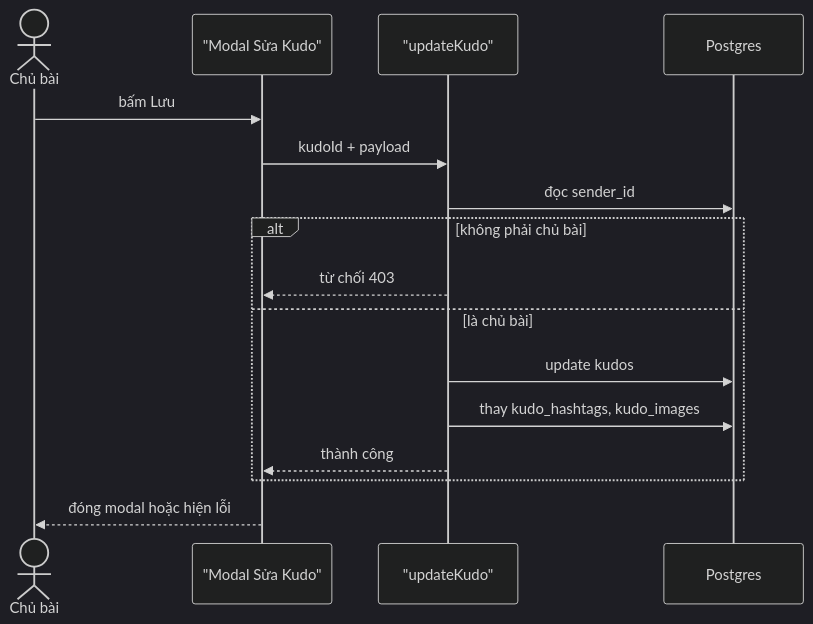
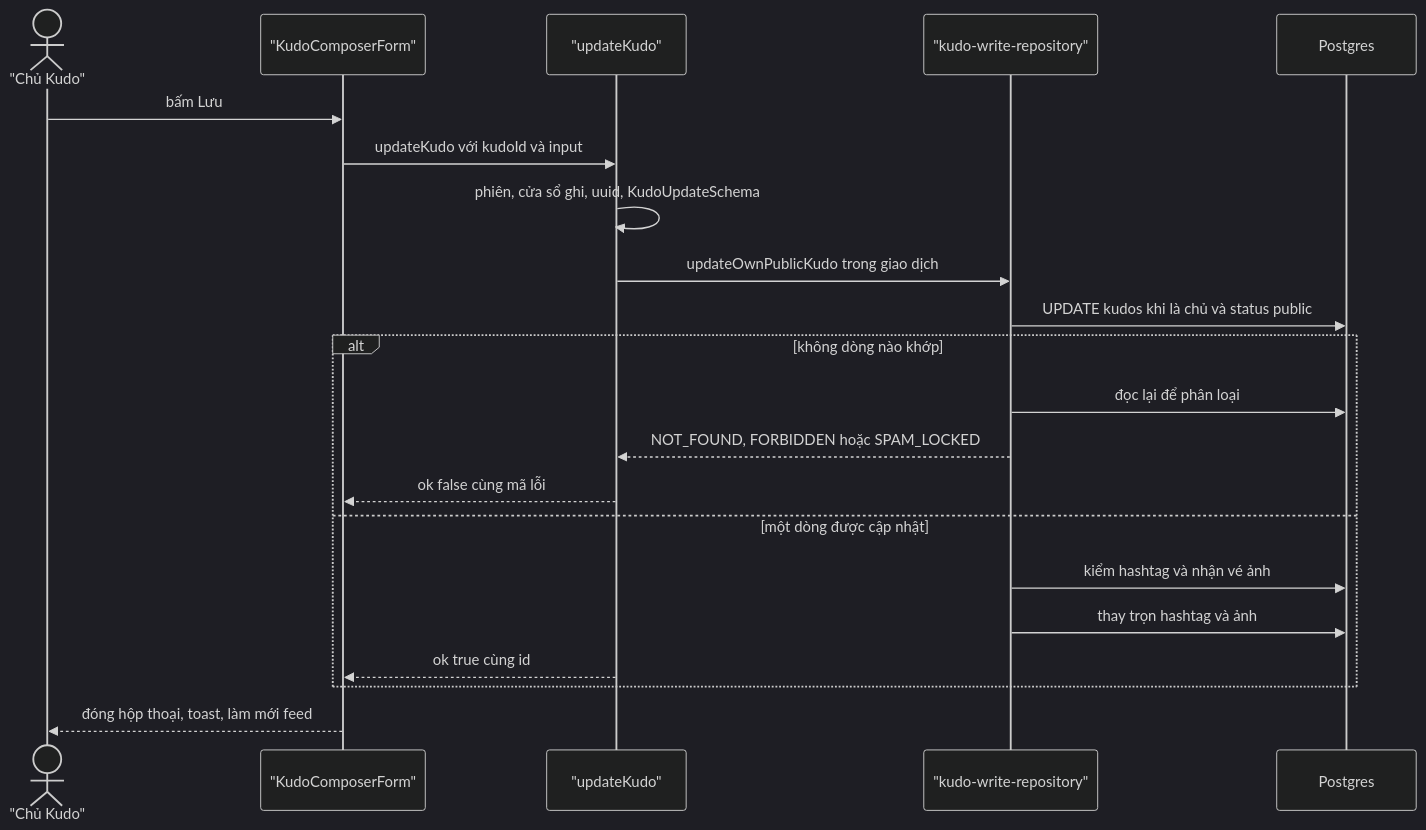
The fourth of 8 diagrams in docs/features/F003_KudosAuthoring/technical-spec.md (hailv-3571/agentic-coding-hands-on), drawn with Mermaid (dark theme) before and after one commit. The commit also changed other lines of this file and 250 other files, not shown here.

````diff
--- a/docs/features/F003_KudosAuthoring/technical-spec.md
+++ b/docs/features/F003_KudosAuthoring/technical-spec.md
@@ -149,18 +296,24 @@
 ```mermaid
 sequenceDiagram
-    actor U as Chủ bài
-    participant V as "Modal Sửa Kudo"
+    actor U as "Chủ Kudo"
+    participant F as "KudoComposerForm"
     participant C as "updateKudo"
+    participant R as "kudo-write-repository"
     participant D as Postgres
-    U->>V: bấm Lưu
-    V->>C: kudoId + payload
-    C->>D: đọc sender_id
-    alt không phải chủ bài
-        C-->>V: từ chối 403
-    else là chủ bài
-        C->>D: update kudos
-        C->>D: thay kudo_hashtags, kudo_images
-        C-->>V: thành công
+
+    U->>F: bấm Lưu
+    F->>C: updateKudo với kudoId và input
+    C->>C: phiên, cửa sổ ghi, uuid, KudoUpdateSchema
+    C->>R: updateOwnPublicKudo trong giao dịch
+    R->>D: UPDATE kudos khi là chủ và status public
+    alt không dòng nào khớp
+        R->>D: đọc lại để phân loại
+        R-->>C: NOT_FOUND, FORBIDDEN hoặc SPAM_LOCKED
+        C-->>F: ok false cùng mã lỗi
+    else một dòng được cập nhật
+        R->>D: kiểm hashtag và nhận vé ảnh
+        R->>D: thay trọn hashtag và ảnh
+        C-->>F: ok true cùng id
     end
-    V-->>U: đóng modal hoặc hiện lỗi
+    F-->>U: đóng hộp thoại, toast, làm mới feed
 ```
````
